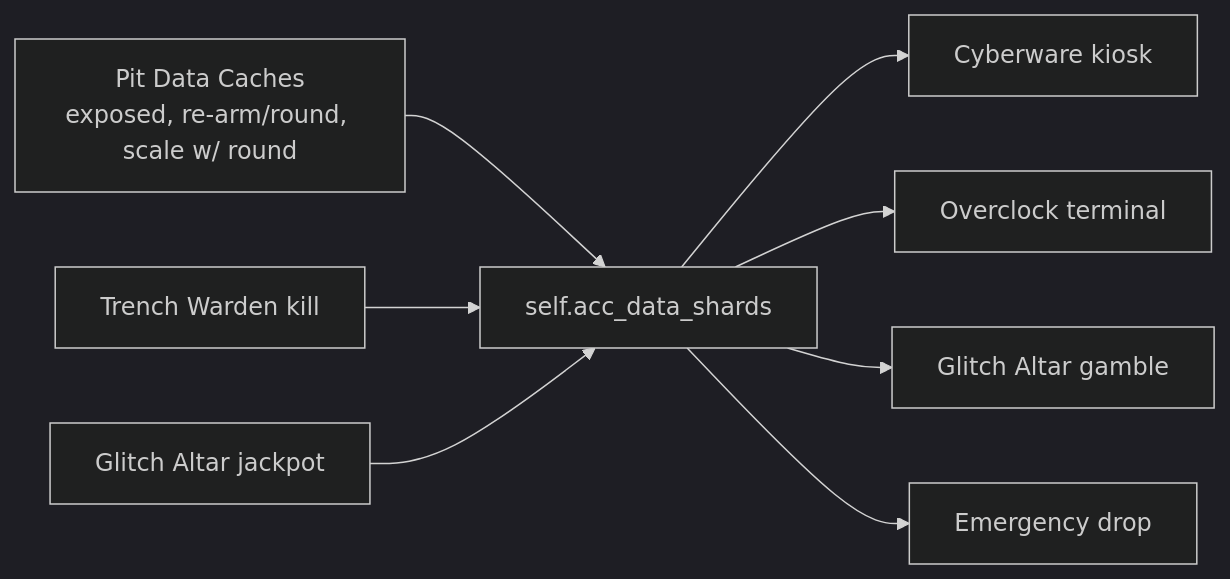
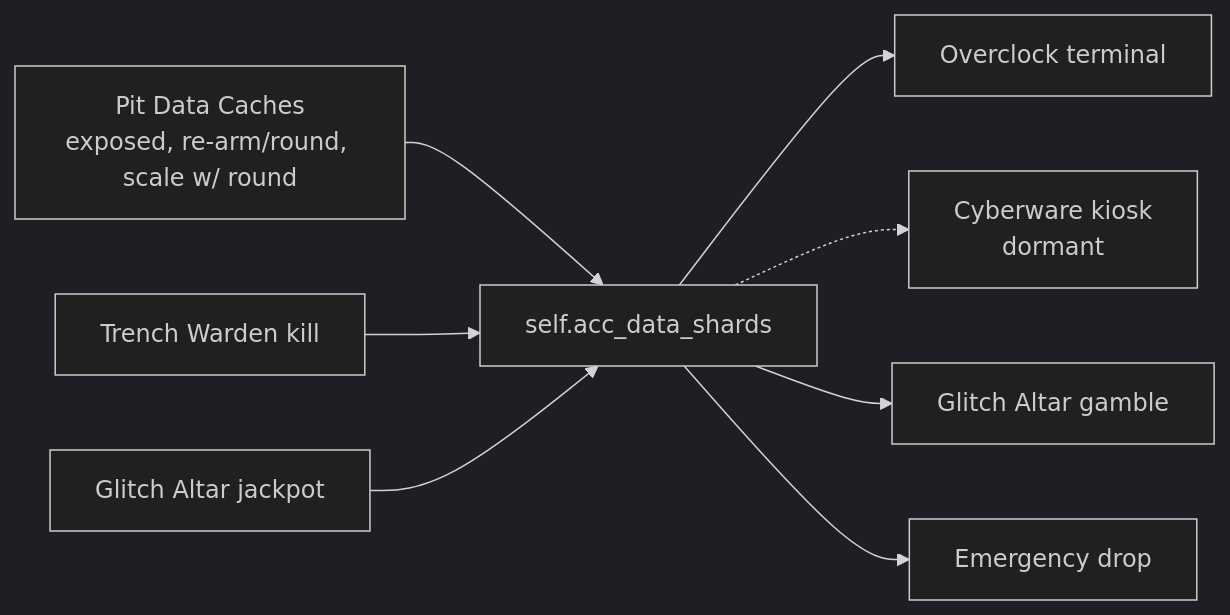
Before and after one commit to JordanUrbaezLu/abandoned_cyber_city_zombies: the second of 3 diagrams in docs/05_mechanics.md, drawn with Mermaid (dark theme). The commit also changed other lines of this file and 155 other files, not shown here.

````diff
--- a/docs/05_mechanics.md
+++ b/docs/05_mechanics.md
@@ -247,10 +249,10 @@
 ```mermaid
 flowchart LR
     Pit[Pit Data Caches<br/>exposed, re-arm/round, scale w/ round] --> Bank[self.acc_data_shards]
     Warden[Trench Warden kill] --> Bank
     Altar[Glitch Altar jackpot] --> Bank
-    Bank --> Skill[Cyberware kiosk]
     Bank --> OC[Overclock terminal]
+    Bank -.-> Skill[Cyberware kiosk<br/>dormant]
     Bank --> AltarSpend[Glitch Altar gamble]
     Bank --> Emergency[Emergency drop]
 ```
````
